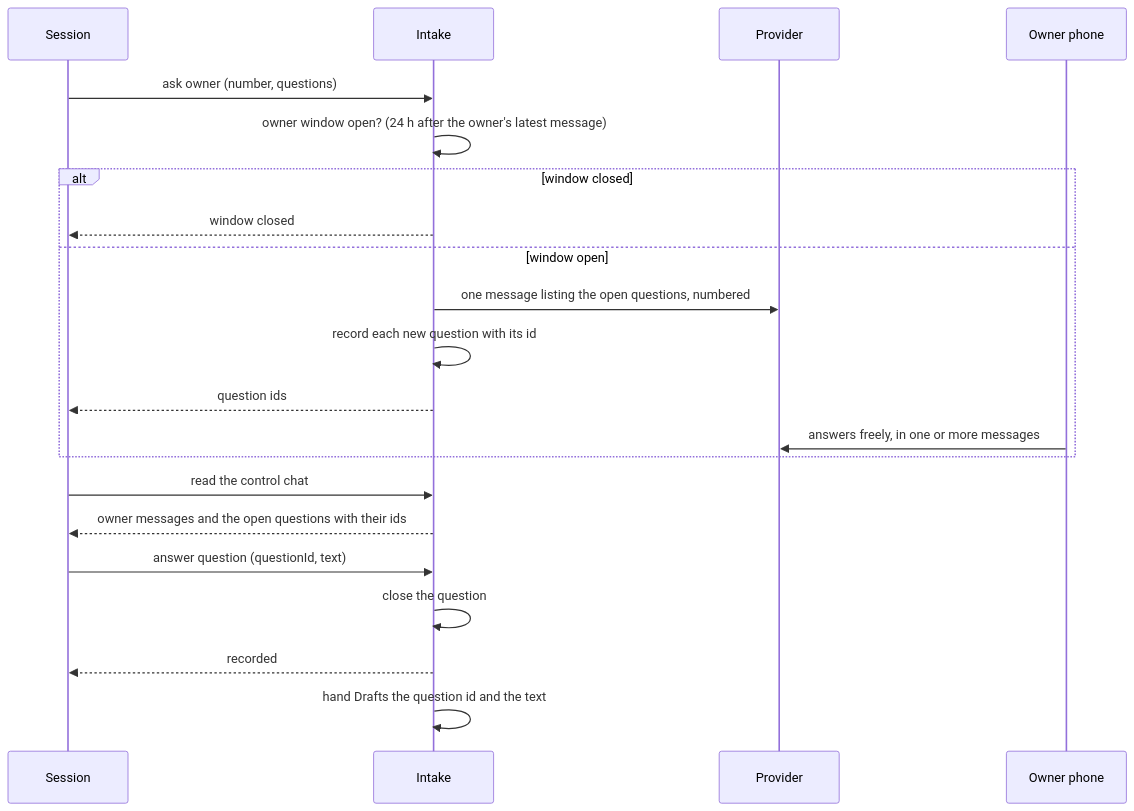
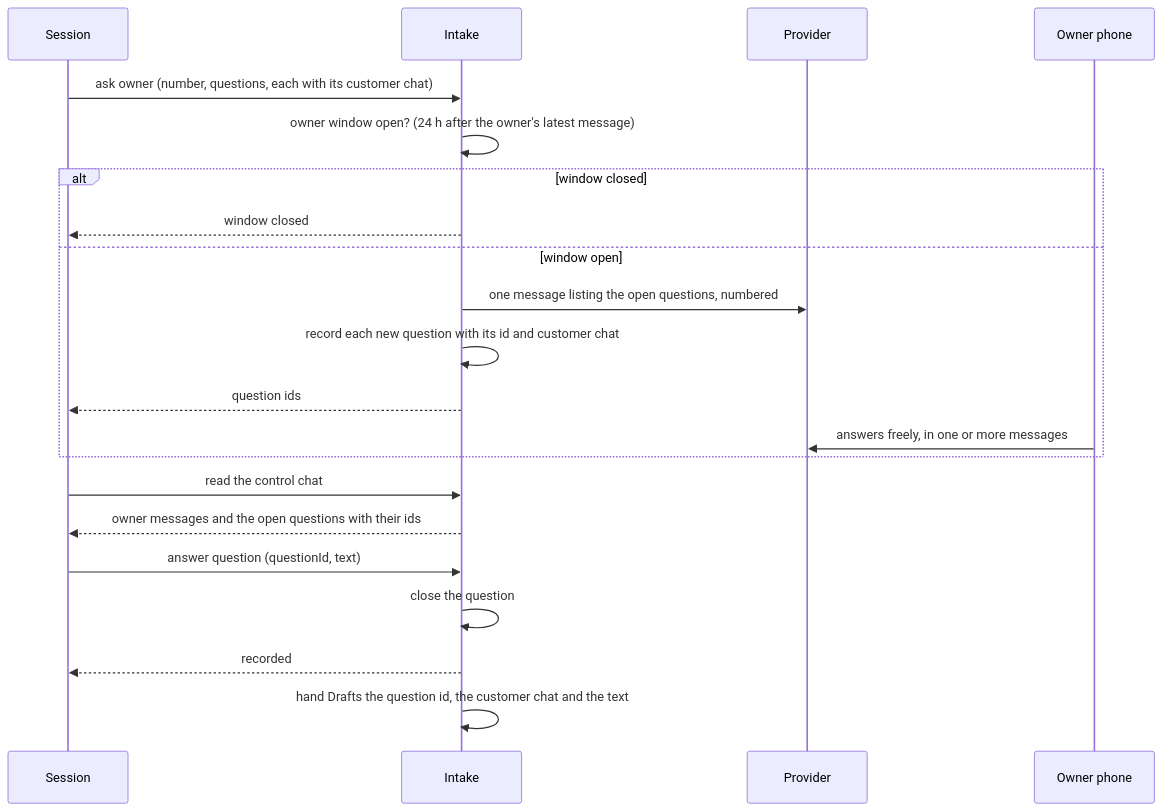
Before and after one commit to antonygiomarxdev/deputy: the second of 2 diagrams in docs/intake/tp/TP-05-pilot-owner-chat-and-tools.md, drawn with Mermaid. The commit also changed other lines of this file and 7 other files, not shown here.

Commit message:
docs: each owner question names the customer chat it is about

````diff
--- a/docs/intake/tp/TP-05-pilot-owner-chat-and-tools.md
+++ b/docs/intake/tp/TP-05-pilot-owner-chat-and-tools.md
@@ -81,23 +81,23 @@
 ```mermaid
 sequenceDiagram
   participant S as Session
   participant I as Intake
   participant P as Provider
   participant O as Owner phone
-  S->>I: ask owner (number, questions)
+  S->>I: ask owner (number, questions, each with its customer chat)
   I->>I: owner window open? (24 h after the owner's latest message)
   alt window closed
     I-->>S: window closed
   else window open
     I->>P: one message listing the open questions, numbered
-    I->>I: record each new question with its id
+    I->>I: record each new question with its id and customer chat
     I-->>S: question ids
     O->>P: answers freely, in one or more messages
   end
   S->>I: read the control chat
   I-->>S: owner messages and the open questions with their ids
   S->>I: answer question (questionId, text)
   I->>I: close the question
   I-->>S: recorded
-  I->>I: hand Drafts the question id and the text
+  I->>I: hand Drafts the question id, the customer chat and the text
 ```
````
